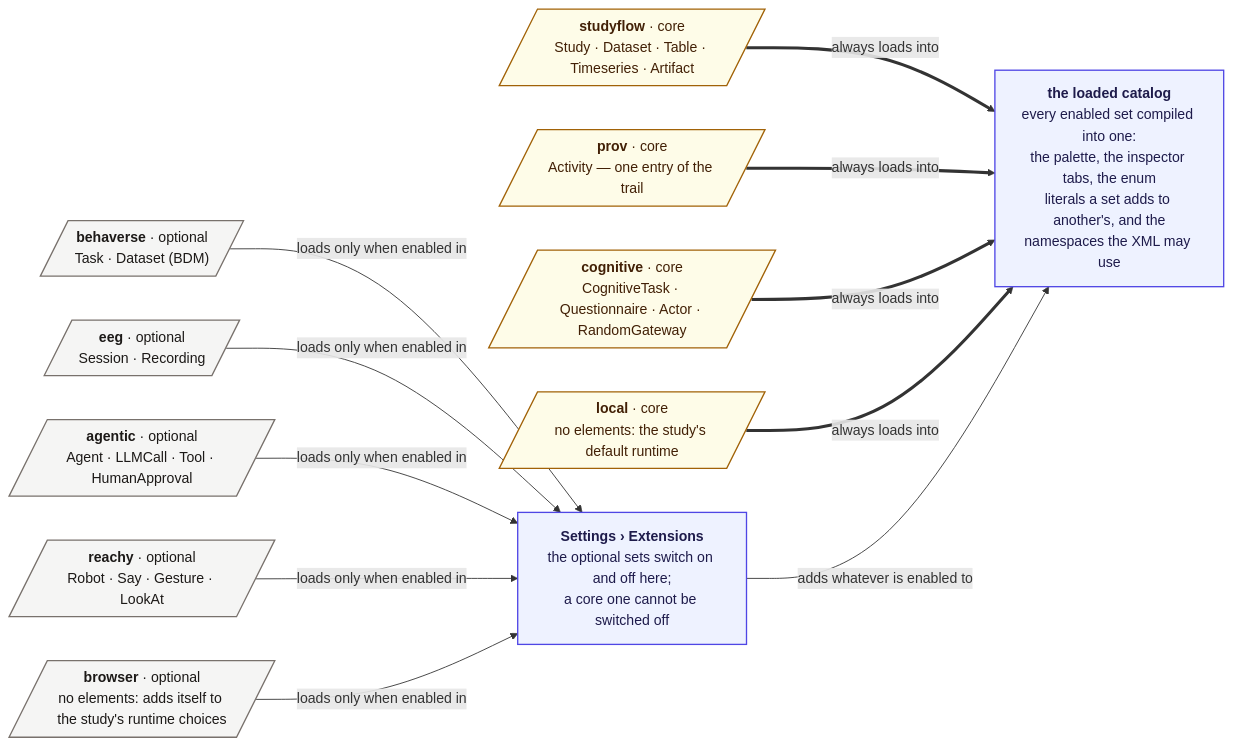
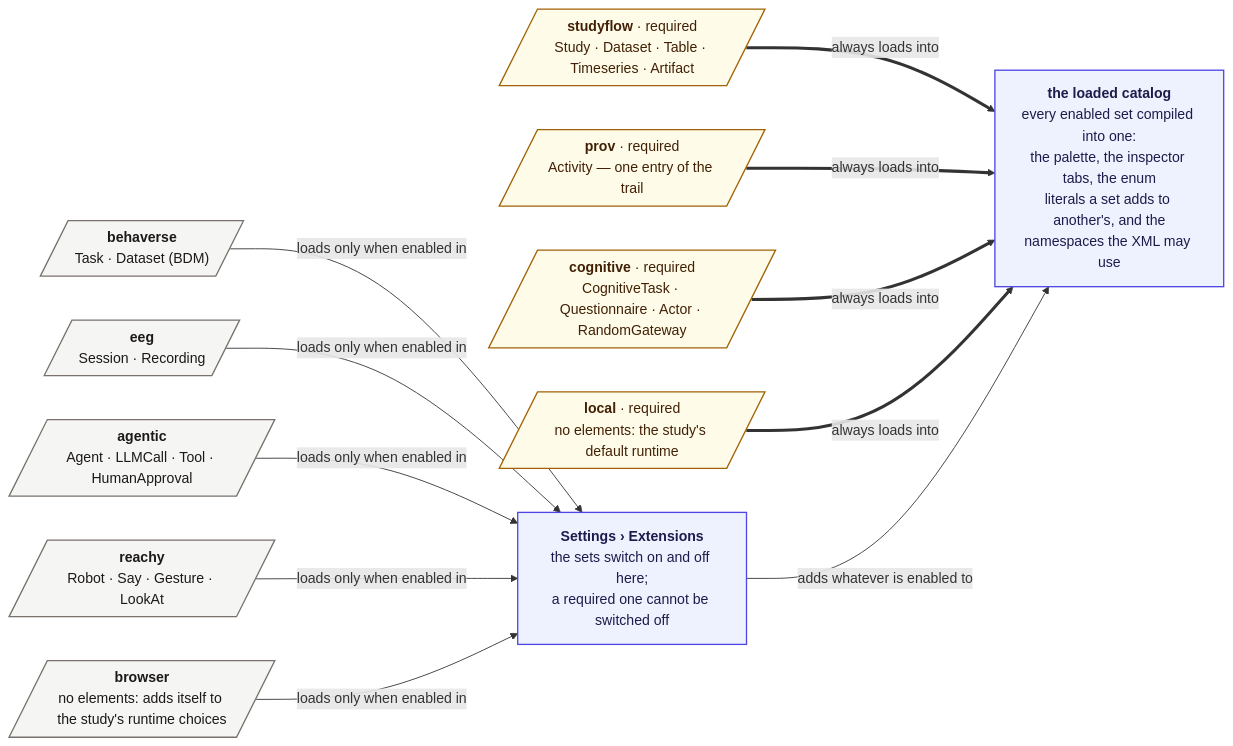
The diagram in docs/assets/img/diagrams/schema-map.mmd (behaverse/studyflow-modeler), drawn with Mermaid before and after one commit. The commit also changed 25 other files, not shown here.

First line of the commit message:
refactor(schemas): name an always-loaded schema required

```diff
--- a/docs/assets/img/diagrams/schema-map.mmd
+++ b/docs/assets/img/diagrams/schema-map.mmd
@@ -1,52 +1,52 @@
 %% Regenerate: npx -y @mermaid-js/mermaid-cli -i schema-map.mmd -o schema-map.svg -c mermaid.config.json -b transparent
 %% The config keeps labels as plain SVG text (no foreignObject), so the .svg survives being embedded as an image.
 flowchart LR
 
-  SF[/"`**studyflow** · core
+  SF[/"`**studyflow** · required
   Study · Dataset · Table · Timeseries · Artifact`"/]
-  PROV[/"`**prov** · core
+  PROV[/"`**prov** · required
   Activity — one entry of the trail`"/]
-  COG[/"`**cognitive** · core
+  COG[/"`**cognitive** · required
   CognitiveTask · Questionnaire · Actor · RandomGateway`"/]
-  LOCAL[/"`**local** · core
+  LOCAL[/"`**local** · required
   no elements: the study's default runtime`"/]
 
-  BEHAVERSE[/"`**behaverse** · optional
+  BEHAVERSE[/"`**behaverse**
   Task · Dataset (BDM)`"/]
-  EEG[/"`**eeg** · optional
+  EEG[/"`**eeg**
   Session · Recording`"/]
-  AGENTIC[/"`**agentic** · optional
+  AGENTIC[/"`**agentic**
   Agent · LLMCall · Tool · HumanApproval`"/]
-  REACHY[/"`**reachy** · optional
+  REACHY[/"`**reachy**
   Robot · Say · Gesture · LookAt`"/]
-  BROWSER[/"`**browser** · optional
+  BROWSER[/"`**browser**
   no elements: adds itself to the study's runtime choices`"/]
 
   SETTINGS["`**Settings › Extensions**
-  the optional sets switch on and off here;
-  a core one cannot be switched off`"]
+  the sets switch on and off here;
+  a required one cannot be switched off`"]
 
   CATALOG["`**the loaded catalog**
   every enabled set compiled into one:
   the palette, the inspector tabs, the enum
   literals a set adds to another's, and the
   namespaces the XML may use`"]
 
   SF ==>|"always loads into"| CATALOG
   PROV ==>|"always loads into"| CATALOG
   COG ==>|"always loads into"| CATALOG
   LOCAL ==>|"always loads into"| CATALOG
 
   BEHAVERSE -->|"loads only when enabled in"| SETTINGS
   EEG -->|"loads only when enabled in"| SETTINGS
   AGENTIC -->|"loads only when enabled in"| SETTINGS
   REACHY -->|"loads only when enabled in"| SETTINGS
   BROWSER -->|"loads only when enabled in"| SETTINGS
   SETTINGS -->|"adds whatever is enabled to"| CATALOG
 
-  classDef core fill:#fefce8,stroke:#a16207,stroke-width:1.5px,color:#422006
-  classDef opt fill:#f5f5f4,stroke:#78716c,stroke-width:1.5px,color:#1c1917
+  classDef required fill:#fefce8,stroke:#a16207,stroke-width:1.5px,color:#422006
+  classDef ext fill:#f5f5f4,stroke:#78716c,stroke-width:1.5px,color:#1c1917
   classDef app fill:#eef2ff,stroke:#4f46e5,stroke-width:1.5px,color:#1e1b4b
-  class SF,PROV,COG,LOCAL core
-  class BEHAVERSE,EEG,AGENTIC,REACHY,BROWSER opt
+  class SF,PROV,COG,LOCAL required
+  class BEHAVERSE,EEG,AGENTIC,REACHY,BROWSER ext
   class SETTINGS,CATALOG app
```
